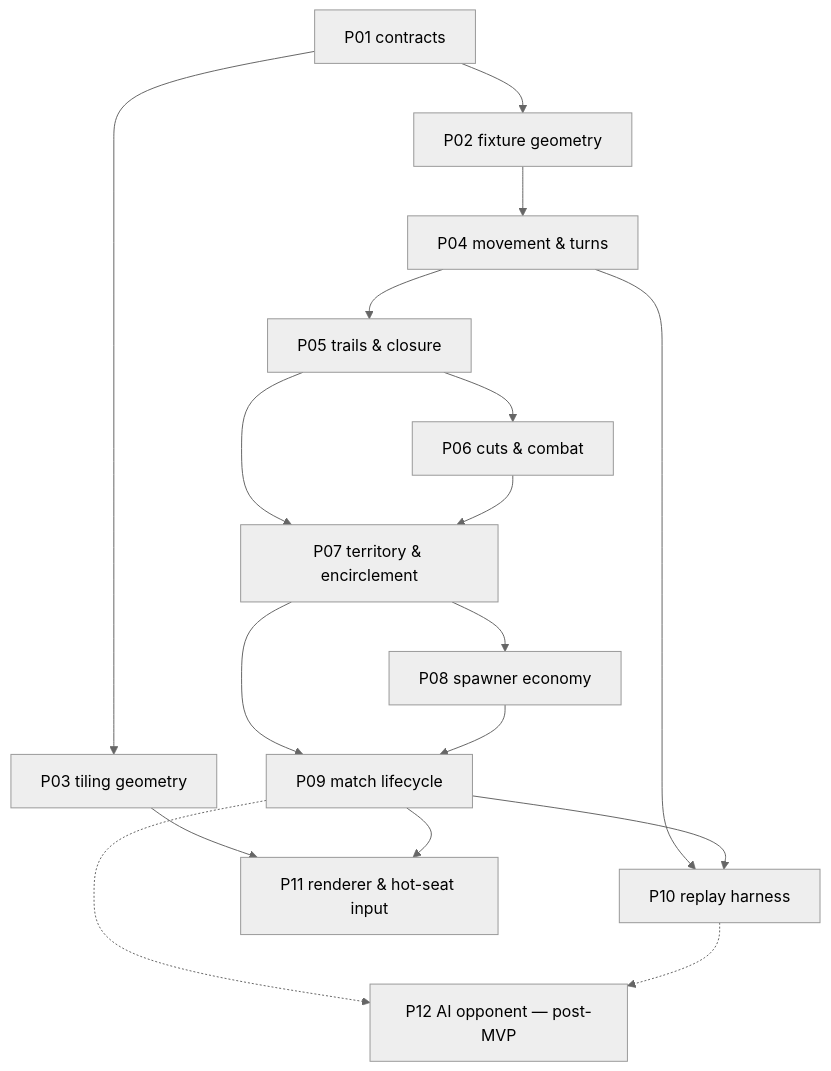
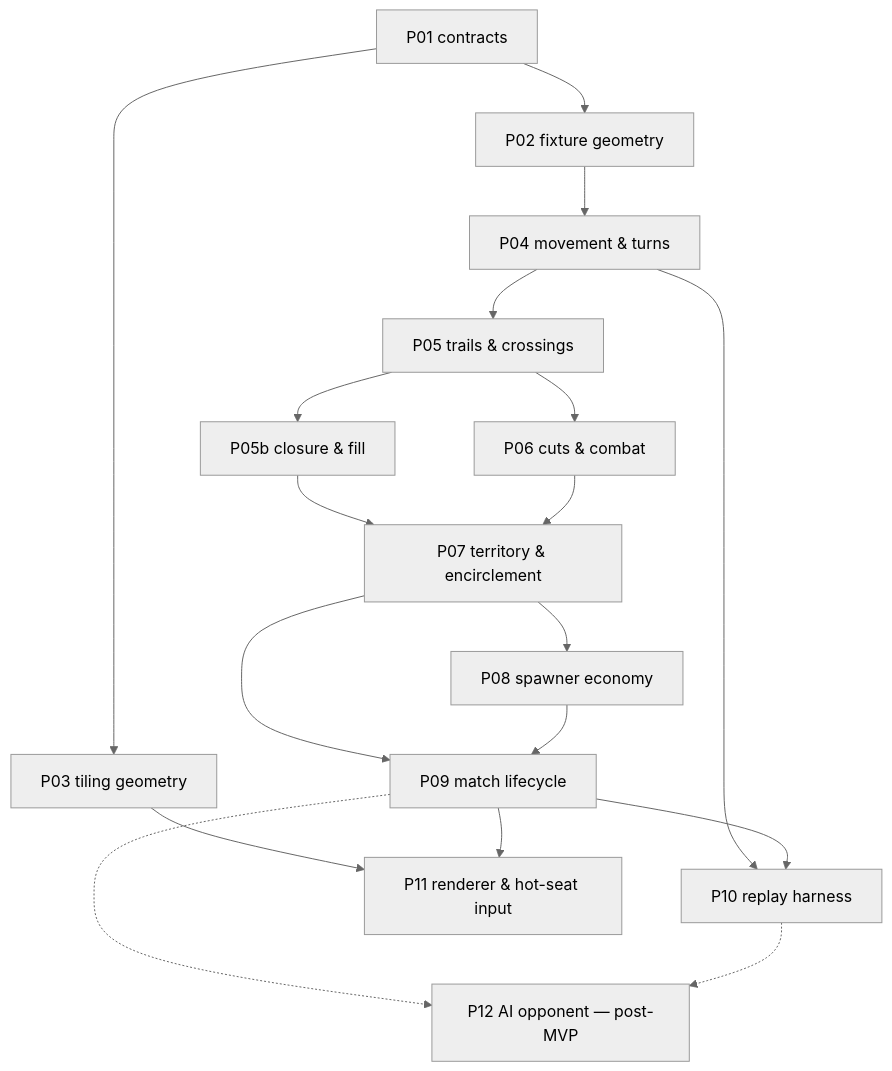
Before and after one commit to hochgi/arrows_conqueror: the diagram in docs/design/02-work-packets.md, drawn with Mermaid (neutral theme). The commit also changed other lines of this file and 3 other files, not shown here.

````diff
--- a/docs/design/02-work-packets.md
+++ b/docs/design/02-work-packets.md
@@ -46,19 +47,20 @@
 ```mermaid
 flowchart TD
   P01["P01 contracts"] --> P02["P02 fixture geometry"]
   P01 --> P03["P03 tiling geometry"]
   P02 --> P04["P04 movement & turns"]
-  P04 --> P05["P05 trails & closure"]
+  P04 --> P05["P05 trails & crossings"]
+  P05 --> P05B["P05b closure & fill"]
   P05 --> P06["P06 cuts & combat"]
-  P05 --> P07["P07 territory & encirclement"]
+  P05B --> P07["P07 territory & encirclement"]
   P06 --> P07
   P07 --> P08["P08 spawner economy"]
   P07 --> P09["P09 match lifecycle"]
   P08 --> P09
   P04 --> P10["P10 replay harness"]
   P09 --> P10
   P03 --> P11["P11 renderer & hot-seat input"]
   P09 --> P11
   P09 -.-> P12["P12 AI opponent — post-MVP"]
   P10 -.-> P12
 ```
````
